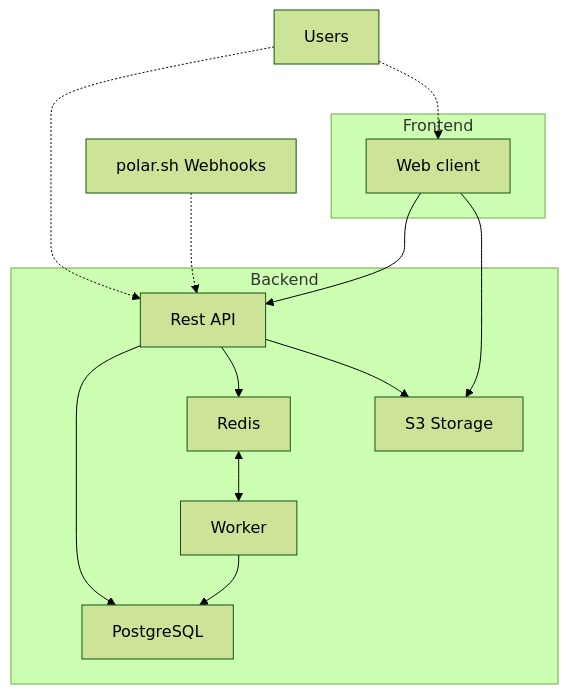
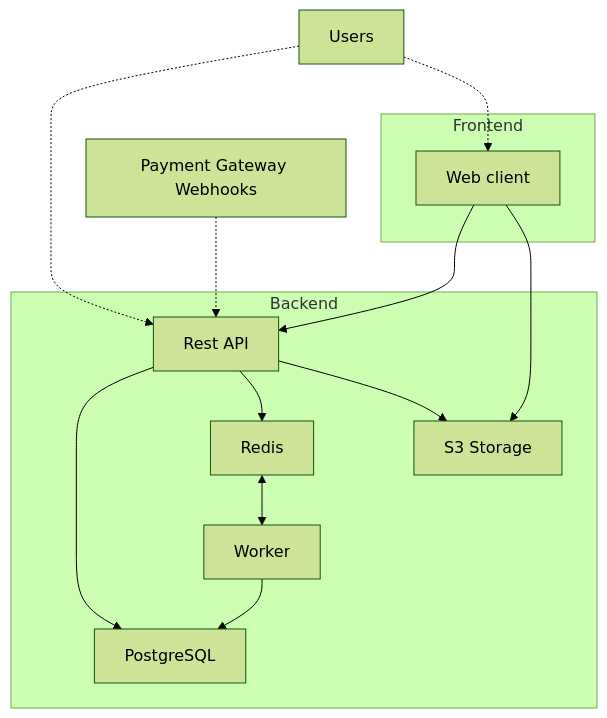
The diagram in DEVELOPMENT.md (outception/outception), drawn with Mermaid (forest theme) before and after one commit. The commit also changed 33 other files, not shown here.

````diff
--- a/DEVELOPMENT.md
+++ b/DEVELOPMENT.md
@@ -11,27 +11,27 @@
 ```mermaid
 flowchart TD
     subgraph "Backend"
         API["Rest API"]
         POSTGRESQL["PostgreSQL"]
         REDIS["Redis"]
         S3["S3 Storage"]
         WORKER["Worker"]
     end
     subgraph "Frontend"
         WEB["Web client"]
     end
-    POLAR_WH["polar.sh Webhooks"]
+    GATEWAY_WH["Payment Gateway Webhooks"]
     USERS["Users"]
 
     WEB --> API
     API --> POSTGRESQL
     API --> REDIS
     REDIS <--> WORKER
     WORKER --> POSTGRESQL
     API --> S3
     WEB --> S3
 
-    POLAR_WH -.-> API
+    GATEWAY_WH -.-> API
     USERS -.-> API
     USERS -.-> WEB
 ```
````
